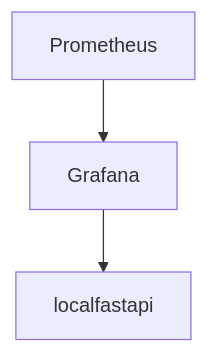
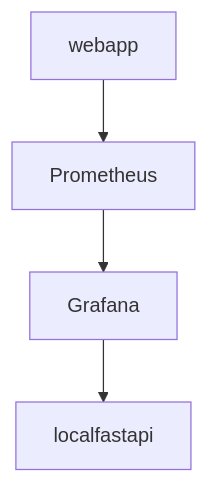
One commit to dejanu/grafana_contactpoint changed the diagram in README.md. Above: the diagram before and after it, drawn with Mermaid. The commit also changed other lines of this file and 5 other files, not shown here.

````diff
--- a/README.md
+++ b/README.md
@@ -68,5 +73,6 @@
 ```mermaid
 graph TD;
+    webapp --> Prometheus;
     Prometheus-->Grafana;
     Grafana-->localfastapi;
 ```
````
